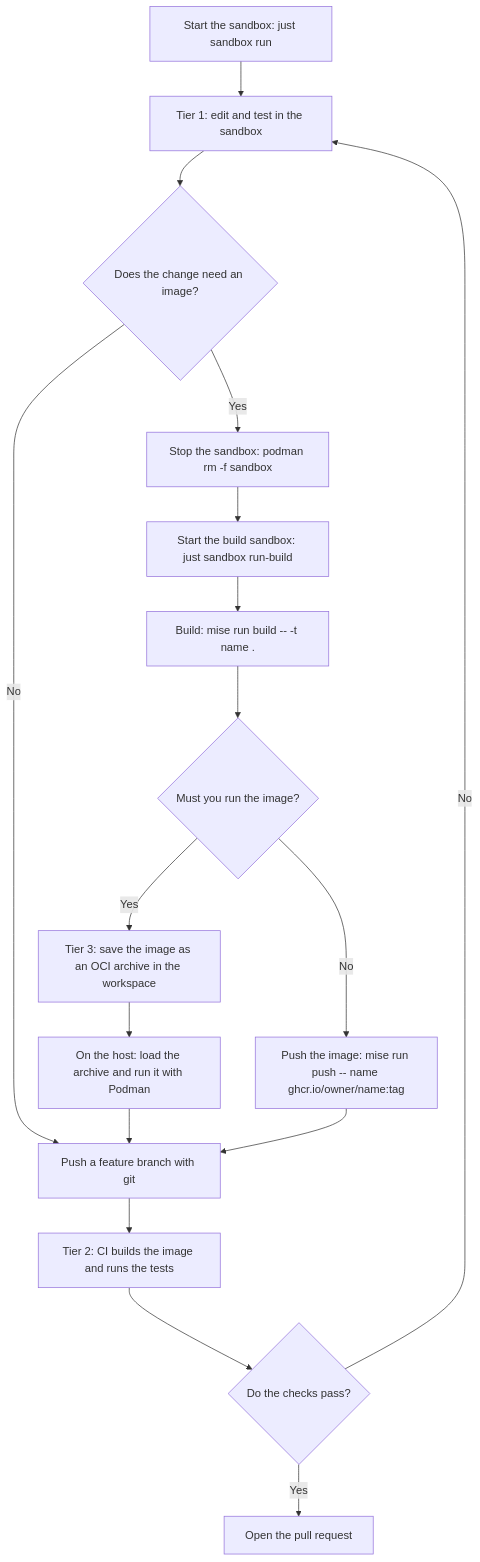
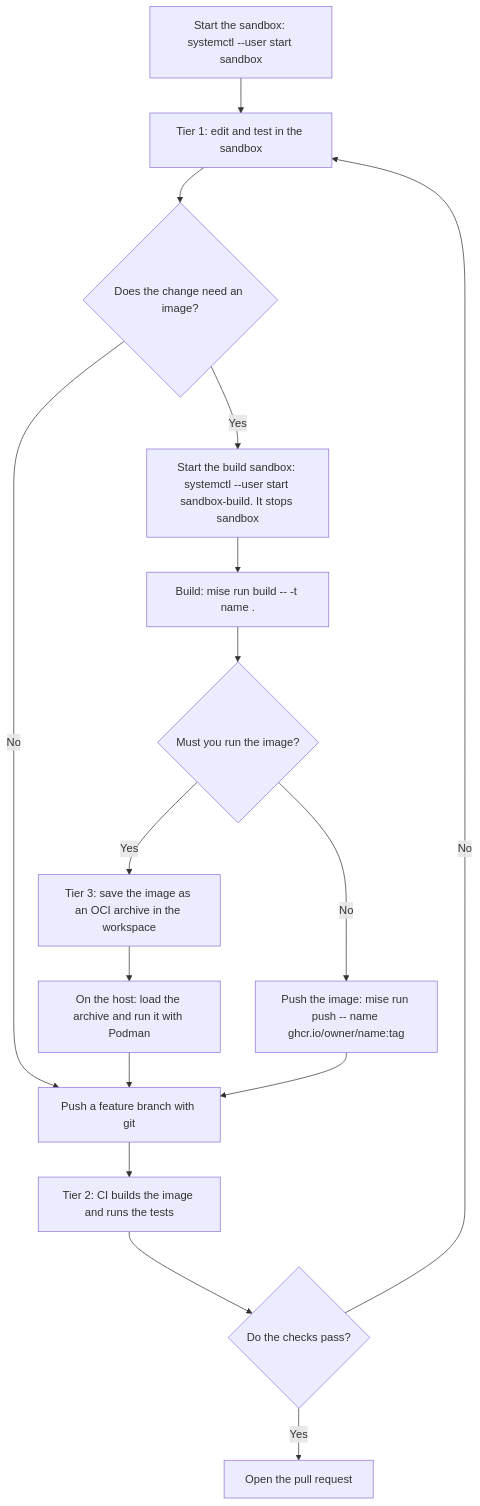
One commit to raghav19/engineersdaybook changed the diagram in .sandbox/README.md. Above: the diagram before and after it, drawn with Mermaid. The commit also changed other lines of this file and 3 other files, not shown here.

Commit message:
sandbox: update the README and the diagram for Quadlet

````diff
--- a/.sandbox/README.md
+++ b/.sandbox/README.md
@@ -72,19 +89,18 @@
 ```mermaid
 flowchart TD
-    A[Start the sandbox: just sandbox run] --> B[Tier 1: edit and test in the sandbox]
+    A[Start the sandbox: systemctl --user start sandbox] --> B[Tier 1: edit and test in the sandbox]
     B --> C{Does the change need an image?}
     C -->|No| G[Push a feature branch with git]
-    C -->|Yes| D[Stop the sandbox: podman rm -f sandbox]
-    D --> E[Start the build sandbox: just sandbox run-build]
+    C -->|Yes| E[Start the build sandbox: systemctl --user start sandbox-build. It stops sandbox]
     E --> F[Build: mise run build -- -t name .]
     F --> H{Must you run the image?}
     H -->|Yes| I[Tier 3: save the image as an OCI archive in the workspace]
     I --> J[On the host: load the archive and run it with Podman]
     H -->|No| K[Push the image: mise run push -- name ghcr.io/owner/name:tag]
     J --> G
     K --> G
     G --> L[Tier 2: CI builds the image and runs the tests]
     L --> M{Do the checks pass?}
     M -->|Yes| N[Open the pull request]
     M -->|No| B
 ```
````
